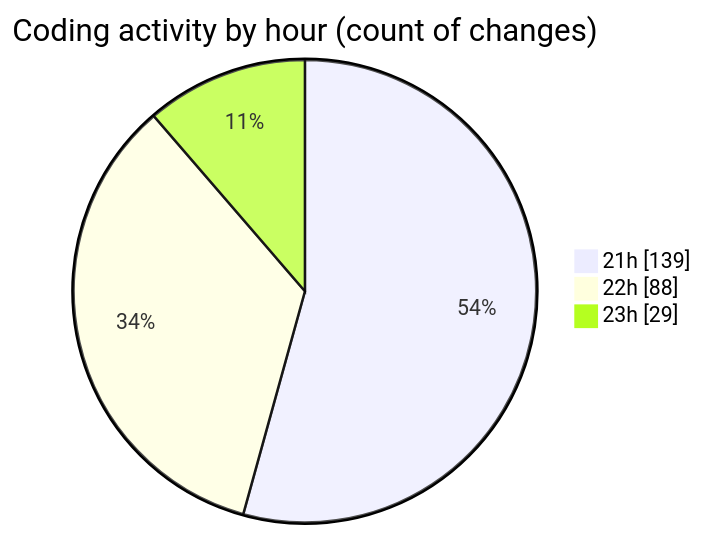
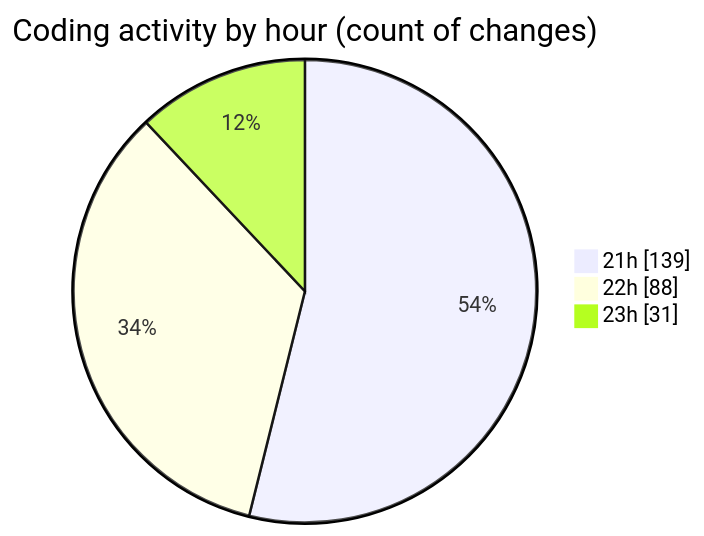
One commit to Ritupan-Deka/code-tracking changed the second of 2 diagrams in 2025-08-03/javascript/README.md. Above: the diagram before and after it, drawn with Mermaid. The commit also changed other lines of this file and 1 other file, not shown here.

````diff
--- a/2025-08-03/javascript/README.md
+++ b/2025-08-03/javascript/README.md
@@ -34,7 +34,7 @@
 ```mermaid
 pie showData
 title Coding activity by hour (count of changes)
 "21h" : 139
 "22h" : 88
-"23h" : 29
+"23h" : 31
 ```
````
